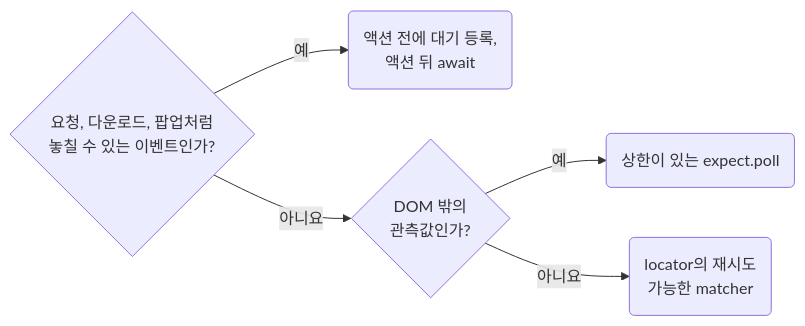
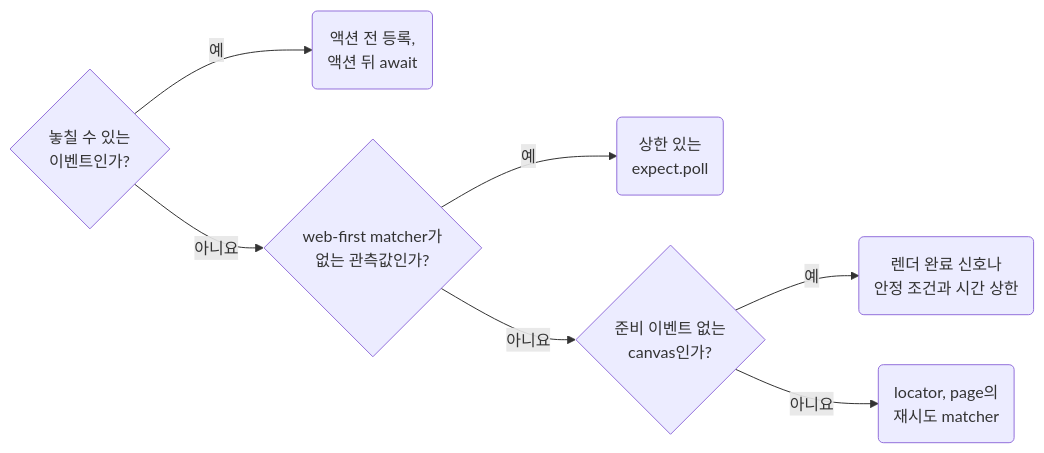
Before and after one commit to nomeehej/agent-conventions: the diagram in skill/testing/rules/05-02-playwright-wait-for-state-and-register-events-before-actions.md, drawn with Mermaid. The commit also changed other lines of this file and 60 other files, not shown here.

````diff
--- a/skill/testing/rules/05-02-playwright-wait-for-state-and-register-events-before-actions.md
+++ b/skill/testing/rules/05-02-playwright-wait-for-state-and-register-events-before-actions.md
@@ -18,6 +18,7 @@
 ```mermaid
 flowchart LR
-	q1{"요청, 다운로드, 팝업처럼<br>놓칠 수 있는 이벤트인가?"} -- 예 --> r1("액션 전에 대기 등록,<br>액션 뒤 await")
-	q1 -- 아니요 --> q2{"DOM 밖의<br>관측값인가?"} -- 예 --> r2("상한이 있는 expect.poll")
-	q2 -- 아니요 --> r3("locator의 재시도<br>가능한 matcher")
+	q1{"놓칠 수 있는<br>이벤트인가?"} -- 예 --> r1("액션 전 등록,<br>액션 뒤 await")
+	q1 -- 아니요 --> q2{"web-first matcher가<br>없는 관측값인가?"} -- 예 --> r2("상한 있는<br>expect.poll")
+	q2 -- 아니요 --> q3{"준비 이벤트 없는<br>canvas인가?"} -- 예 --> r3("렌더 완료 신호나<br>안정 조건과 시간 상한")
+	q3 -- 아니요 --> r4("locator, page의<br>재시도 matcher")
 ```
````
